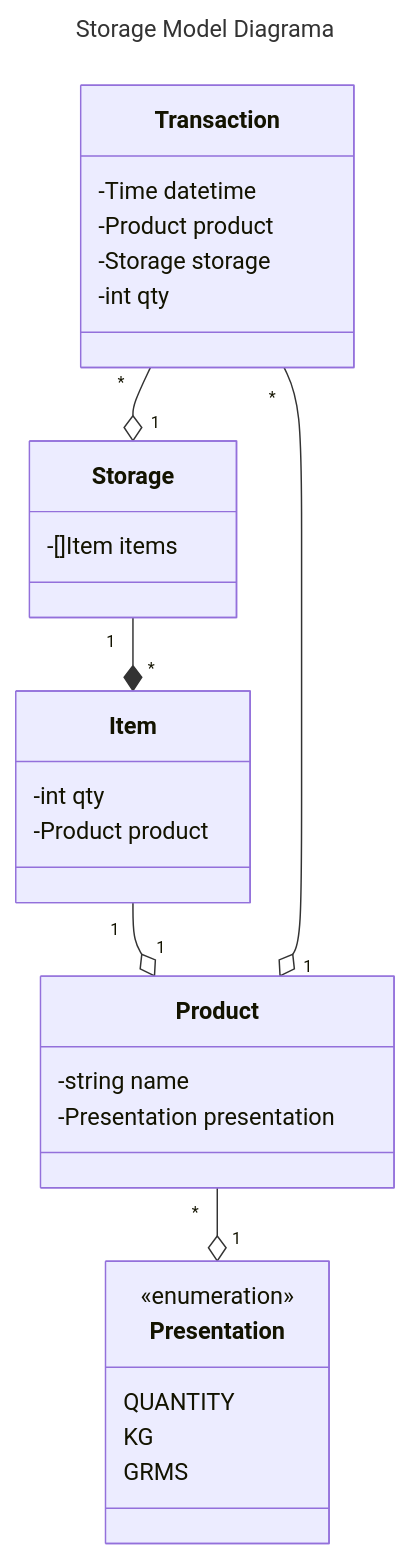
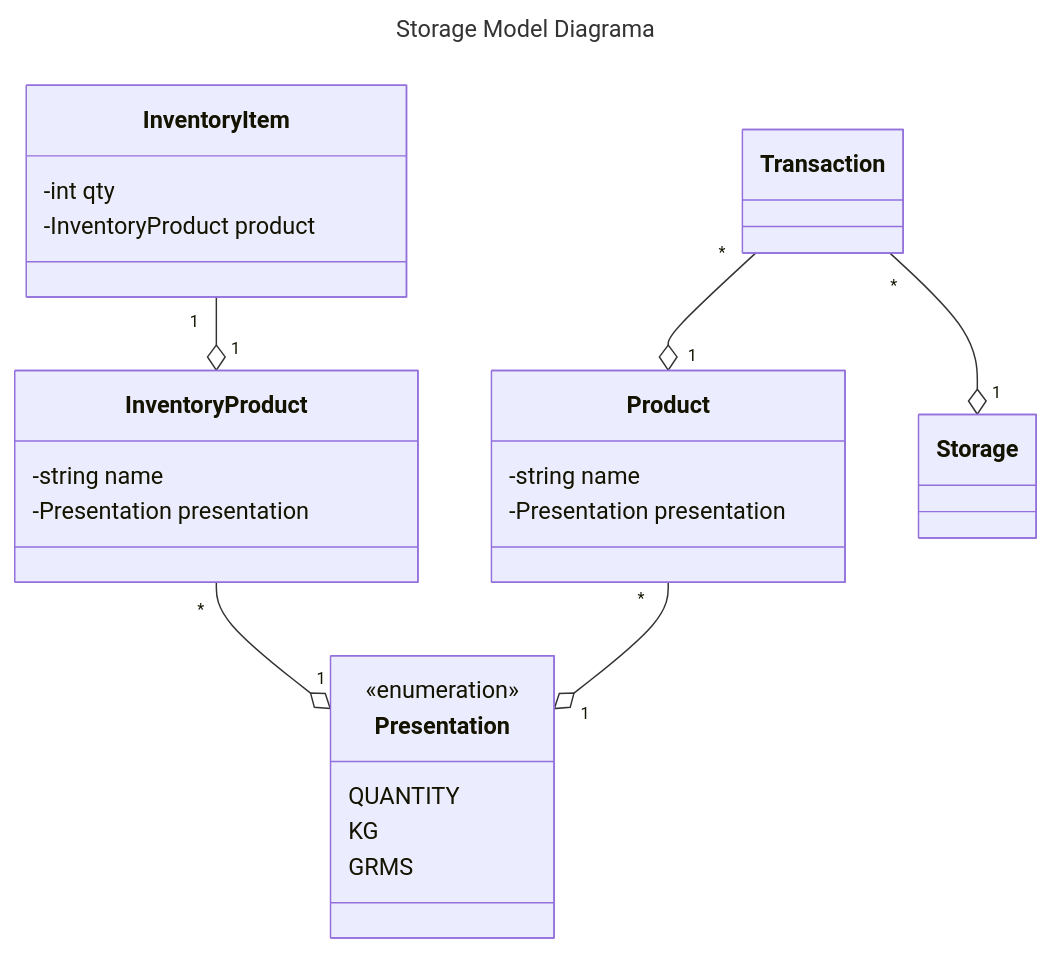
Before and after one commit to pablobastidasv/storage-management: the first of 2 diagrams in README.md, drawn with Mermaid. The commit also changed 20 other files, not shown here.

````diff
--- a/README.md
+++ b/README.md
@@ -9,38 +9,33 @@
 ```mermaid
 ---
 title: Storage Model Diagrama
 ---
 classDiagram
-    class Storage {
-        -[]Item items
+    class InventoryItem {
+        -int qty
+        -InventoryProduct product
     }
-    class Item {
-        -int qty
-        -Product product
+
+    class InventoryProduct {
+        -string name
+        -Presentation presentation
     }
 
     class Product {
         -string name
         -Presentation presentation
     }
 
     class Presentation {
         <<enumeration>>
         QUANTITY
         KG
         GRMS
     }
 
-    class Transaction {
-        -Time datetime
-        -Product product
-        -Storage storage
-        -int qty
-    }
-
-    Storage "1" --* "*" Item
-    Item "1" --o "1" Product
+    InventoryItem "1" --o "1" InventoryProduct
+    InventoryProduct "*" --o "1" Presentation
     Product "*" --o "1" Presentation
     Transaction "*" --o "1" Product
     Transaction "*" --o "1" Storage
 ```
````
